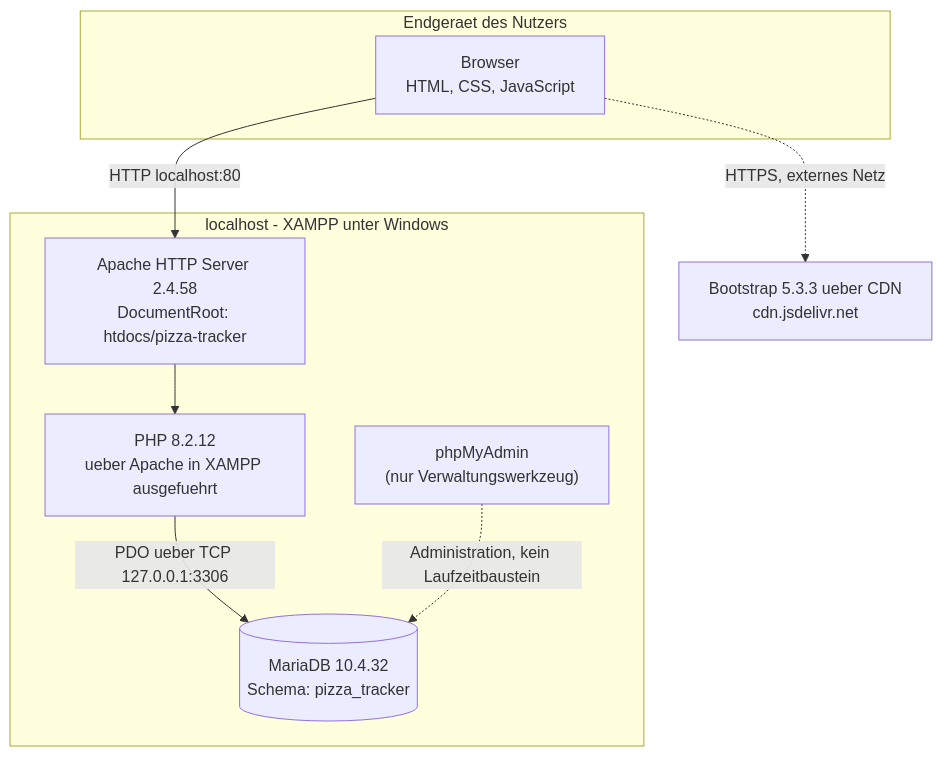
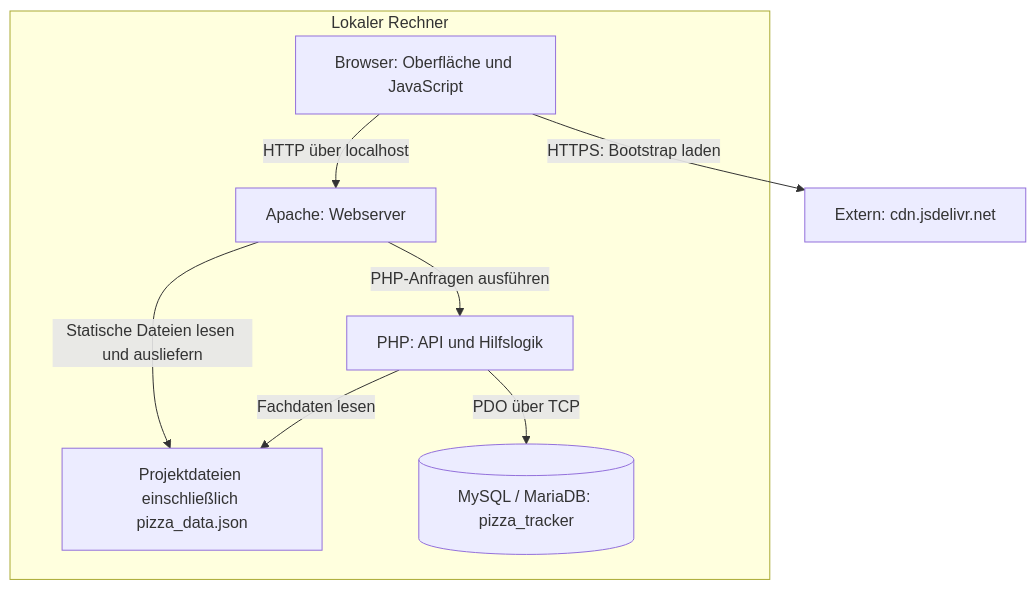
One commit to Familienmann89/Pizza-Tracker- changed the diagram in docs/arch/A07-deployment-view.md. Above: the diagram before and after it, drawn with Mermaid. The commit also changed other lines of this file, not shown here.

````diff
--- a/docs/arch/A07-deployment-view.md
+++ b/docs/arch/A07-deployment-view.md
@@ -23,21 +9,17 @@
 ```mermaid
-graph TB
-    subgraph Client["Endgeraet des Nutzers"]
-        BR["Browser<br/>HTML, CSS, JavaScript"]
+flowchart TB
+    subgraph Lokal["Lokaler Rechner"]
+        Browser["Browser: Oberfläche und JavaScript"]
+        Apache["Apache: Webserver"]
+        PHP["PHP: API und Hilfslogik"]
+        Dateien["Projektdateien einschließlich pizza_data.json"]
+        DB[("MySQL / MariaDB: pizza_tracker")]
+        Browser -->|"HTTP über localhost"| Apache
+        Apache -->|"PHP-Anfragen ausführen"| PHP
+        Apache -->|"Statische Dateien lesen und ausliefern"| Dateien
+        PHP -->|"Fachdaten lesen"| Dateien
+        PHP -->|"PDO über TCP"| DB
     end
-
-    subgraph Host["localhost - XAMPP unter Windows"]
-        AP["Apache HTTP Server 2.4.58<br/>DocumentRoot: htdocs/pizza-tracker"]
-        PHP["PHP 8.2.12<br/>ueber Apache in XAMPP ausgefuehrt"]
-        DB[("MariaDB 10.4.32<br/>Schema: pizza_tracker")]
-        PMA["phpMyAdmin<br/>(nur Verwaltungswerkzeug)"]
-    end
-
-    CDN["Bootstrap 5.3.3 ueber CDN<br/>cdn.jsdelivr.net"]
-
-    BR -->|"HTTP localhost:80"| AP
-    AP --> PHP
-    PHP -->|"PDO ueber TCP 127.0.0.1:3306"| DB
-    PMA -.->|"Administration, kein Laufzeitbaustein"| DB
-    BR -.->|"HTTPS, externes Netz"| CDN
+    CDN["Extern: cdn.jsdelivr.net"]
+    Browser -->|"HTTPS: Bootstrap laden"| CDN
 ```
````
